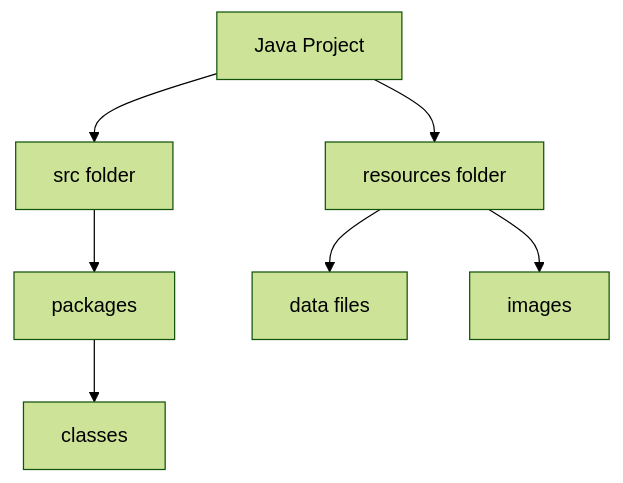
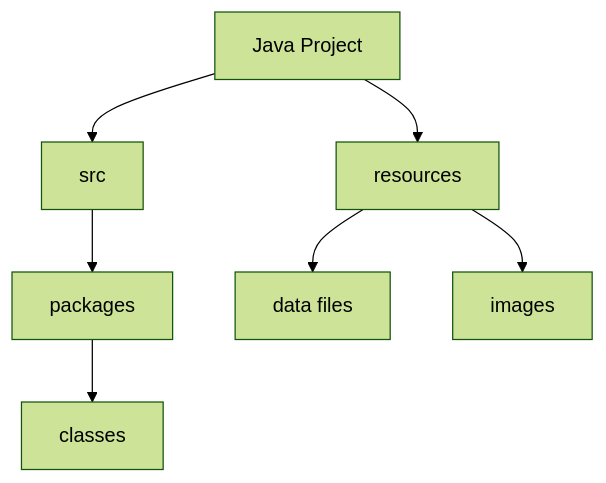
The first of 6 diagrams in README.md (DanielCreggOrganization/w8-lab-stream-nastaj), drawn with Mermaid (forest theme) before and after one commit.

````diff
--- a/README.md
+++ b/README.md
@@ -23,9 +23,9 @@
 ```mermaid
 graph TD
-    A[Java Project] --> B[src folder]
-    A --> C[resources folder]
+    A[Java Project] --> B[src]
+    A --> C[resources]
     B --> D[packages]
     D --> E[classes]
     C --> F[data files]
     C --> G[images]
 ```
````
